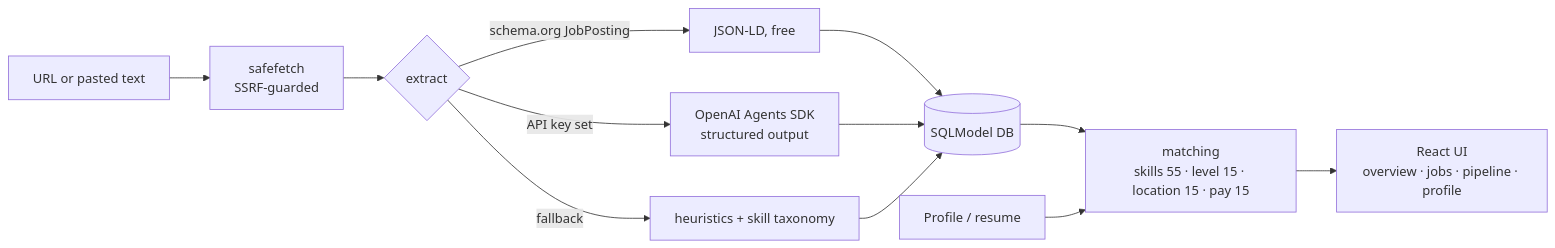
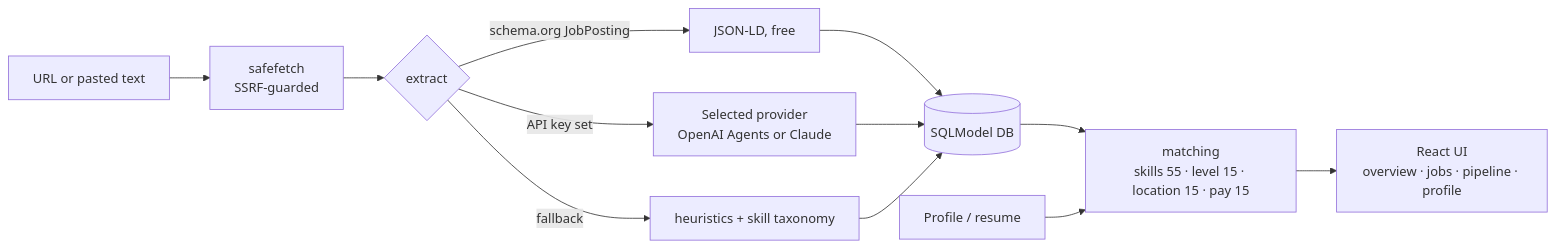
The first of 2 diagrams in readme.md (jckail/Jobbr), drawn with Mermaid before and after one commit. The commit also changed other lines of this file and 23 other files, not shown here.

Commit message:
Support explicit OpenAI and Claude workflows with bound consent and provider isolation

````diff
--- a/readme.md
+++ b/readme.md
@@ -11,12 +11,12 @@
 ```mermaid
 flowchart LR
   U[URL or pasted text] --> F[safefetch<br/>SSRF-guarded]
   F --> E{extract}
   E -->|schema.org JobPosting| J[JSON-LD, free]
-  E -->|API key set| L[OpenAI Agents SDK<br/>structured output]
+  E -->|API key set| L[Selected provider<br/>OpenAI Agents or Claude]
   E -->|fallback| H[heuristics + skill taxonomy]
   J & L & H --> DB[(SQLModel DB)]
   DB --> M[matching<br/>skills 55 · level 15 · location 15 · pay 15]
   P[Profile / resume] --> M
   M --> UI[React UI<br/>overview · jobs · pipeline · profile]
 ```
````
